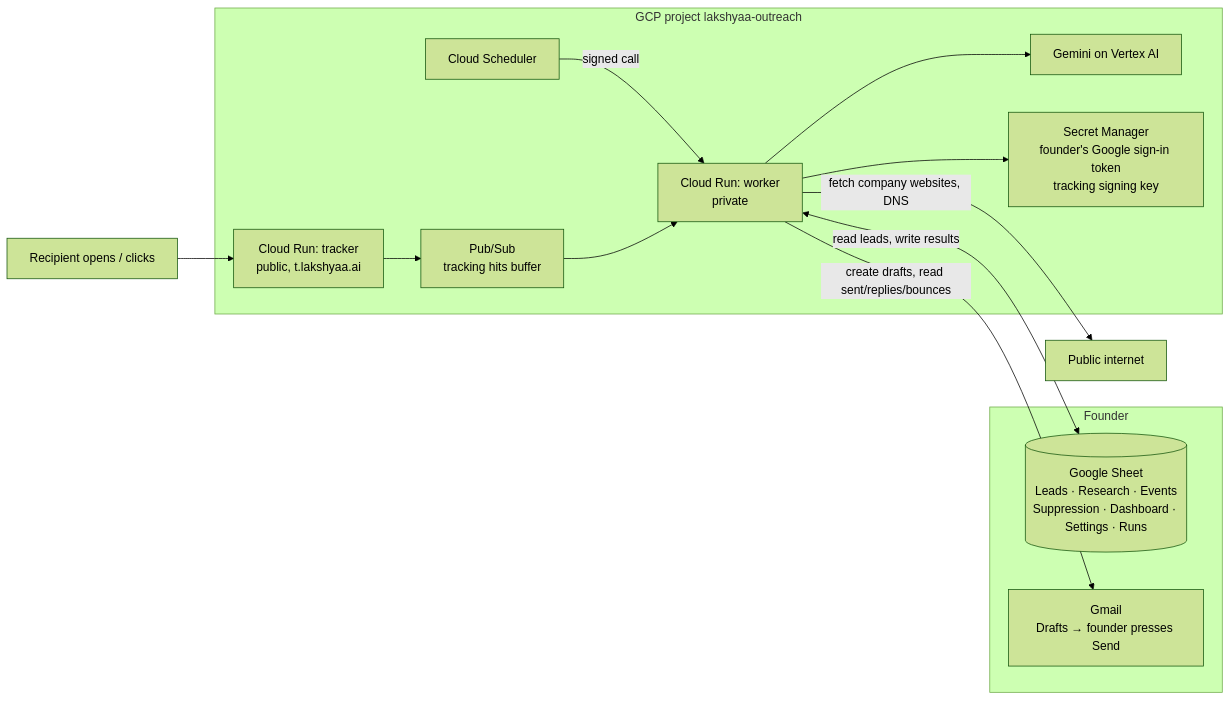
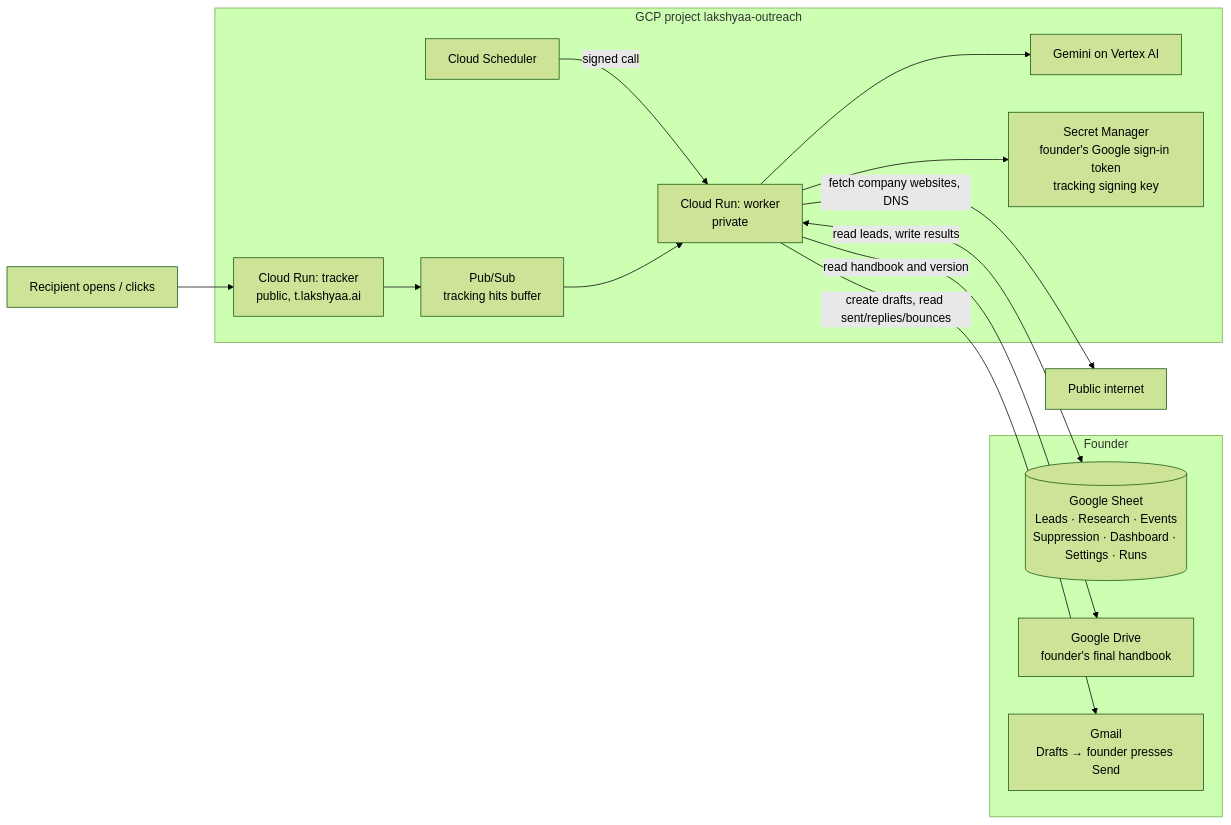
The diagram in docs/ARCHITECTURE.md (sivram04/groundtruth-outreach), drawn with Mermaid (forest theme) before and after one commit. The commit also changed other lines of this file and 3 other files, not shown here.

Commit message:
Record future Drive handbook and GCP drafting architecture

````diff
--- a/docs/ARCHITECTURE.md
+++ b/docs/ARCHITECTURE.md
@@ -33,20 +42,22 @@
 ```mermaid
 flowchart LR
   subgraph Founder
     S[(Google Sheet<br/>Leads · Research · Events<br/>Suppression · Dashboard · Settings · Runs)]
+    H[Google Drive<br/>founder's final handbook]
     G[Gmail<br/>Drafts → founder presses Send]
   end
 
   subgraph GCP project lakshyaa-outreach
     SCH[Cloud Scheduler] -->|signed call| W[Cloud Run: worker<br/>private]
     W --> V[Gemini on Vertex AI]
     W --> SM[Secret Manager<br/>founder's Google sign-in token<br/>tracking signing key]
     T[Cloud Run: tracker<br/>public, t.lakshyaa.ai] --> PS[Pub/Sub<br/>tracking hits buffer]
     PS --> W
   end
 
   W <-->|read leads, write results| S
+  W -->|read handbook and version| H
   W -->|create drafts, read sent/replies/bounces| G
   W -->|fetch company websites, DNS| NET[Public internet]
   R[Recipient opens / clicks] --> T
 ```
````
